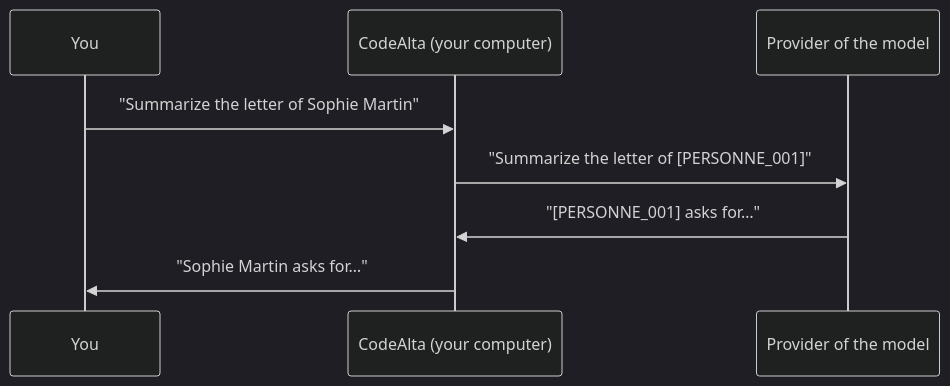
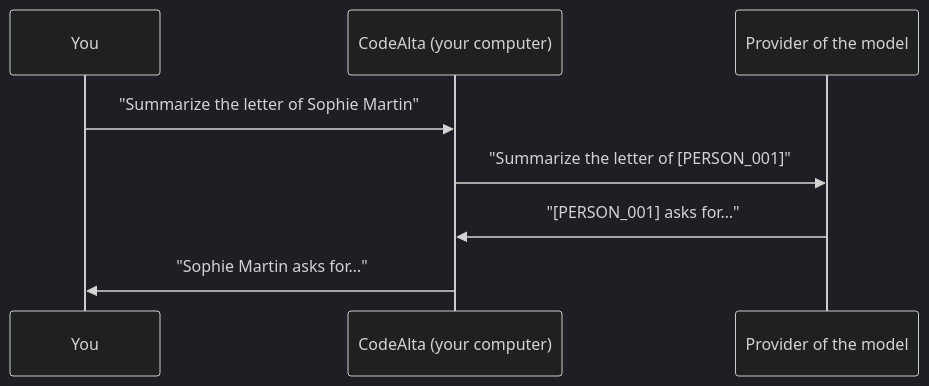
Before and after one commit to CodeAlta/CodeAlta: the diagram in site/docs/plugins/pseudonymizer.md, drawn with Mermaid (dark theme). The commit also changed other lines of this file and 14 other files, not shown here.

````diff
--- a/site/docs/plugins/pseudonymizer.md
+++ b/site/docs/plugins/pseudonymizer.md
@@ -15,10 +15,10 @@
 ```mermaid
 sequenceDiagram
     participant You
     participant CodeAlta as CodeAlta (your computer)
     participant Provider as Provider of the model
     You->>CodeAlta: "Summarize the letter of Sophie Martin"
-    CodeAlta->>Provider: "Summarize the letter of [PERSONNE_001]"
-    Provider->>CodeAlta: "[PERSONNE_001] asks for…"
+    CodeAlta->>Provider: "Summarize the letter of [PERSON_001]"
+    Provider->>CodeAlta: "[PERSON_001] asks for…"
     CodeAlta->>You: "Sophie Martin asks for…"
 ```
````
